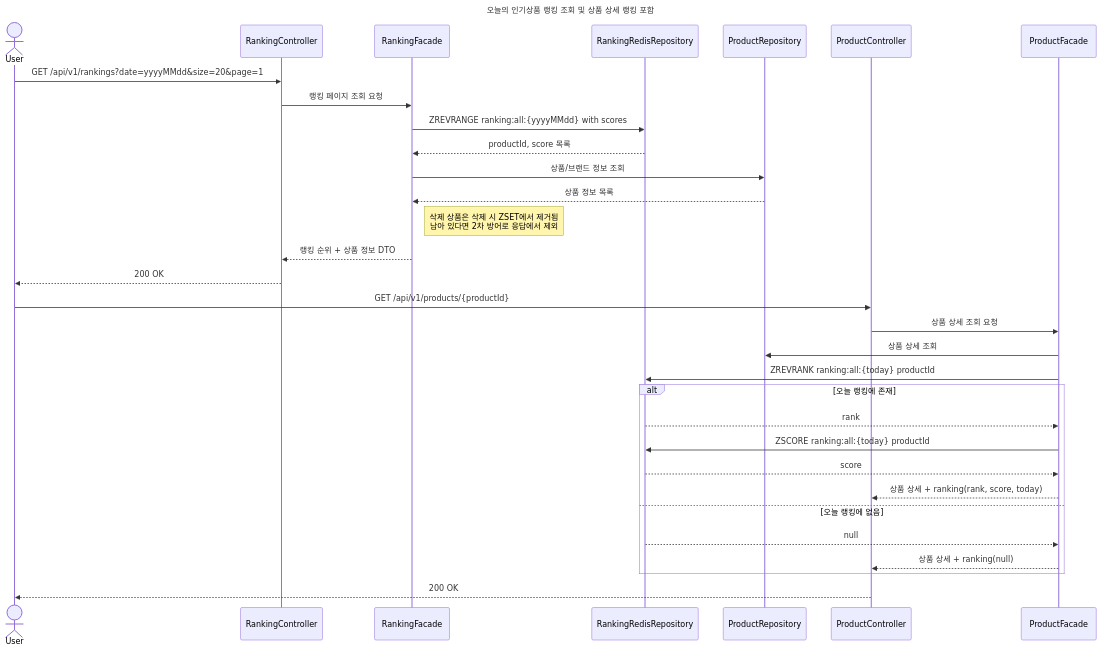
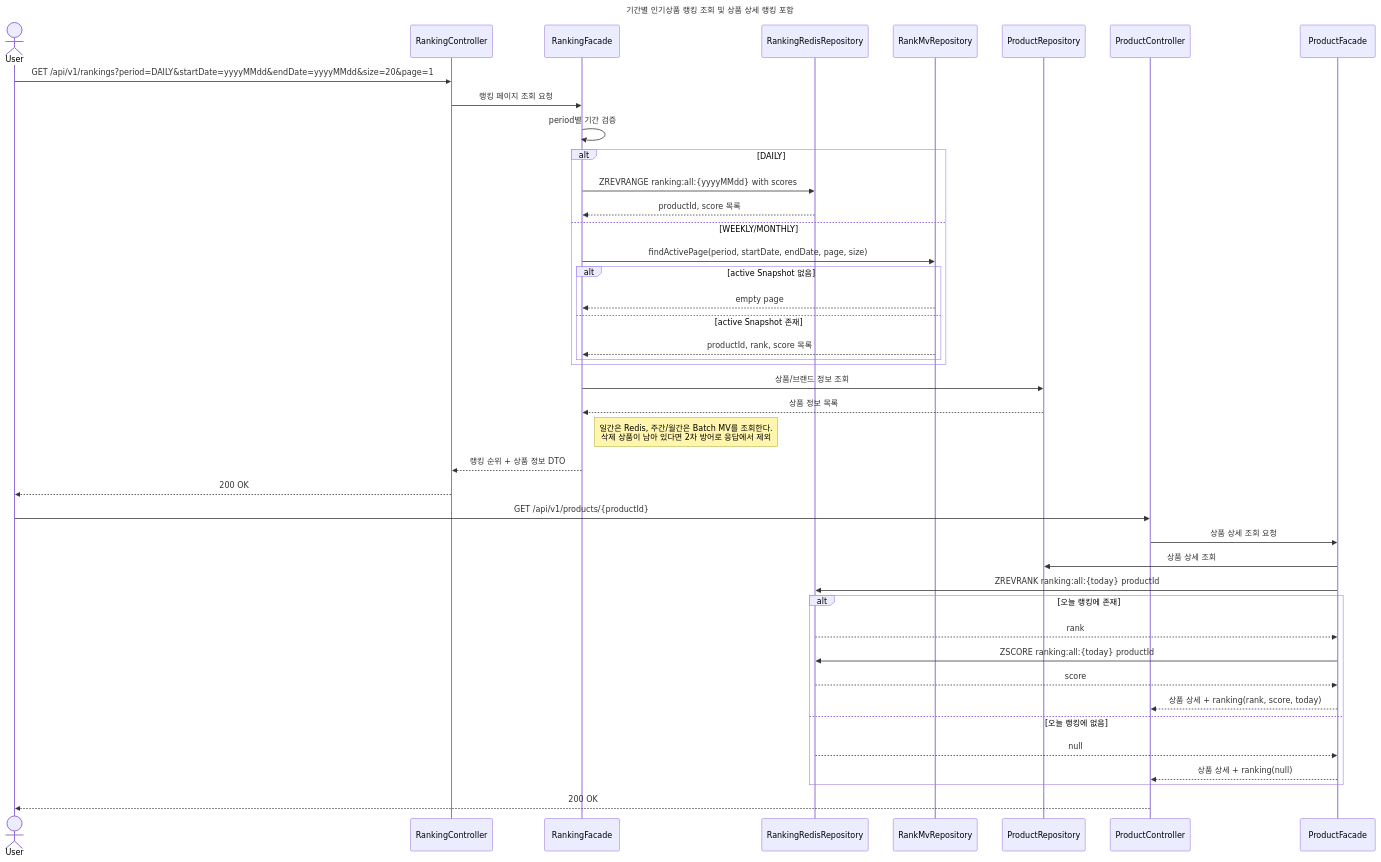
Before and after one commit to eelseungmin/loop-pack-be-l2-vol4-java: diagram 18 of 21 in docs/week2/02-sequence-diagrams.md, drawn with Mermaid. The commit also changed other lines of this file and 3 other files, not shown here.

````diff
--- a/docs/week2/02-sequence-diagrams.md
+++ b/docs/week2/02-sequence-diagrams.md
@@ -681,36 +733,47 @@
 ```mermaid
 sequenceDiagram
-    title 오늘의 인기상품 랭킹 조회 및 상품 상세 랭킹 포함
+    title 기간별 인기상품 랭킹 조회 및 상품 상세 랭킹 포함
     actor User
     participant RankingController
     participant RankingFacade
     participant RankingStore as RankingRedisRepository
+    participant RankMvRepository
     participant ProductRepository
     participant ProductController
     participant ProductFacade
 
-    User->>RankingController: GET /api/v1/rankings?date=yyyyMMdd&size=20&page=1
+    User->>RankingController: GET /api/v1/rankings?period=DAILY&startDate=yyyyMMdd&endDate=yyyyMMdd&size=20&page=1
     RankingController->>RankingFacade: 랭킹 페이지 조회 요청
-    RankingFacade->>RankingStore: ZREVRANGE ranking:all:{yyyyMMdd} with scores
-    RankingStore-->>RankingFacade: productId, score 목록
+    RankingFacade->>RankingFacade: period별 기간 검증
+    alt DAILY
+        RankingFacade->>RankingStore: ZREVRANGE ranking:all:{yyyyMMdd} with scores
+        RankingStore-->>RankingFacade: productId, score 목록
+    else WEEKLY/MONTHLY
+        RankingFacade->>RankMvRepository: findActivePage(period, startDate, endDate, page, size)
+        alt active Snapshot 없음
+            RankMvRepository-->>RankingFacade: empty page
+        else active Snapshot 존재
+            RankMvRepository-->>RankingFacade: productId, rank, score 목록
+        end
+    end
     RankingFacade->>ProductRepository: 상품/브랜드 정보 조회
     ProductRepository-->>RankingFacade: 상품 정보 목록
-    Note right of RankingFacade: 삭제 상품은 삭제 시 ZSET에서 제거됨<br/>남아 있다면 2차 방어로 응답에서 제외
+    Note right of RankingFacade: 일간은 Redis, 주간/월간은 Batch MV를 조회한다.<br/>삭제 상품이 남아 있다면 2차 방어로 응답에서 제외
     RankingFacade-->>RankingController: 랭킹 순위 + 상품 정보 DTO
     RankingController-->>User: 200 OK
 
     User->>ProductController: GET /api/v1/products/{productId}
     ProductController->>ProductFacade: 상품 상세 조회 요청
     ProductFacade->>ProductRepository: 상품 상세 조회
     ProductFacade->>RankingStore: ZREVRANK ranking:all:{today} productId
     alt 오늘 랭킹에 존재
         RankingStore-->>ProductFacade: rank
         ProductFacade->>RankingStore: ZSCORE ranking:all:{today} productId
         RankingStore-->>ProductFacade: score
         ProductFacade-->>ProductController: 상품 상세 + ranking(rank, score, today)
     else 오늘 랭킹에 없음
         RankingStore-->>ProductFacade: null
         ProductFacade-->>ProductController: 상품 상세 + ranking(null)
     end
     ProductController-->>User: 200 OK
 ```
````
